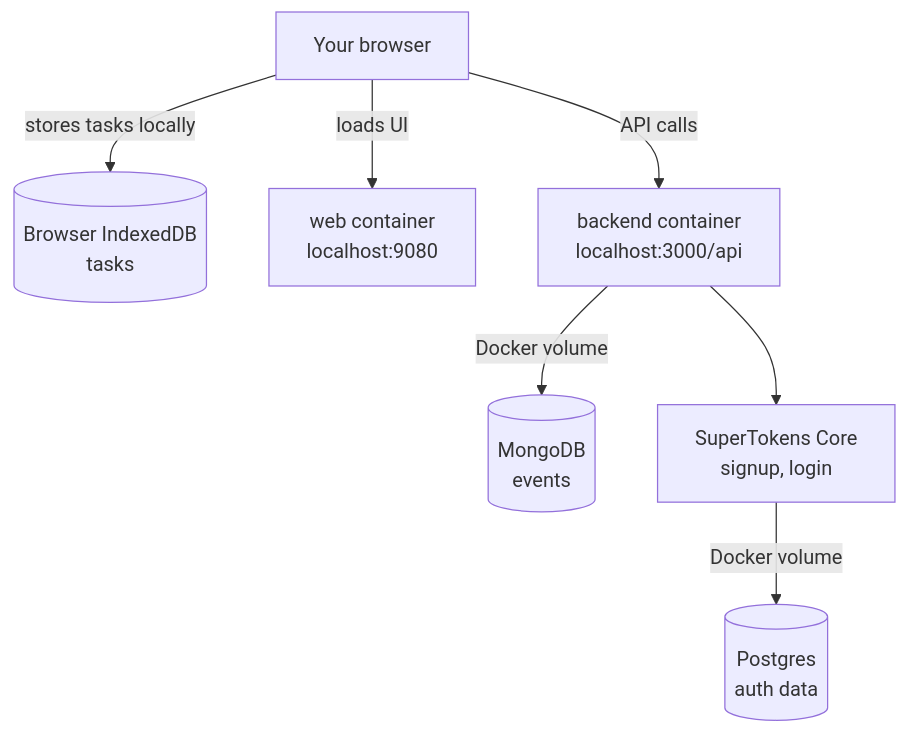
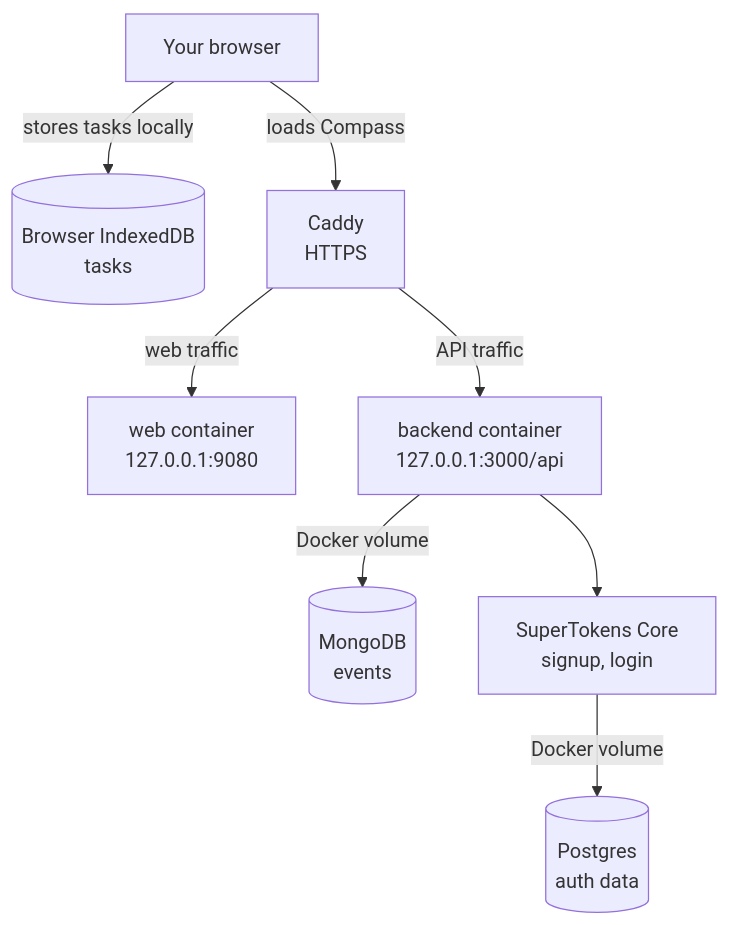
Before and after one commit to SwitchbackTech/compass: the diagram in docs/self-hosting/README.md, drawn with Mermaid. The commit also changed other lines of this file and 10 other files, not shown here.

````diff
--- a/docs/self-hosting/README.md
+++ b/docs/self-hosting/README.md
@@ -9,17 +13,19 @@
 ```mermaid
 flowchart TD
     browser[Your browser]
     indexeddb[(Browser IndexedDB<br/>tasks)]
-    web[web container<br/>localhost:9080]
-    backend[backend container<br/>localhost:3000/api]
+    caddy[Caddy<br/>HTTPS]
+    web[web container<br/>127.0.0.1:9080]
+    backend[backend container<br/>127.0.0.1:3000/api]
     mongo[(MongoDB<br/>events)]
     supertokens[SuperTokens Core<br/>signup, login]
     postgres[(Postgres<br/>auth data)]
 
-    browser -->|loads UI| web
+    browser -->|loads Compass| caddy
+    caddy -->|web traffic| web
+    caddy -->|API traffic| backend
     browser -->|stores tasks locally| indexeddb
-    browser -->|API calls| backend
     backend -->|Docker volume| mongo
     backend --> supertokens
     supertokens -->|Docker volume| postgres
 ```
````
